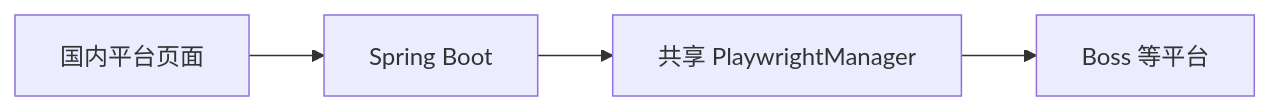
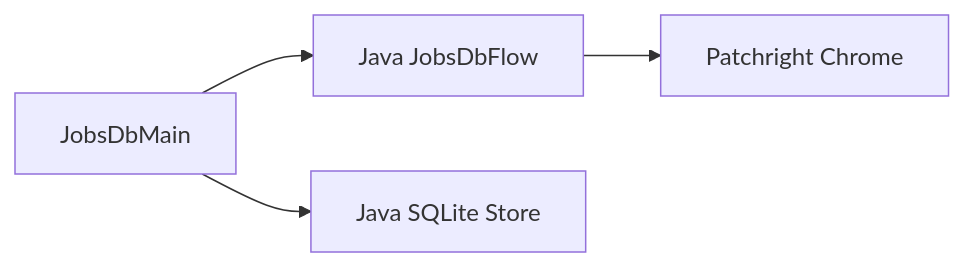
Before and after one commit to liu-qingyuan/get_jobs: the first of 8 diagrams in docs/jobsdb-design.md, drawn with Mermaid. The commit also changed other lines of this file and 13 other files, not shown here.

````diff
--- a/docs/jobsdb-design.md
+++ b/docs/jobsdb-design.md
@@ -3,6 +5,6 @@
 ```mermaid
 flowchart LR
-  UI[国内平台页面] --> Spring[Spring Boot]
-  Spring --> Manager[共享 PlaywrightManager]
-  Manager --> Boss[Boss 等平台]
+  Main[JobsDbMain] --> Flow[Java JobsDbFlow]
+  Main --> Store[Java SQLite Store]
+  Flow --> Browser[Patchright Chrome]
 ```
````
